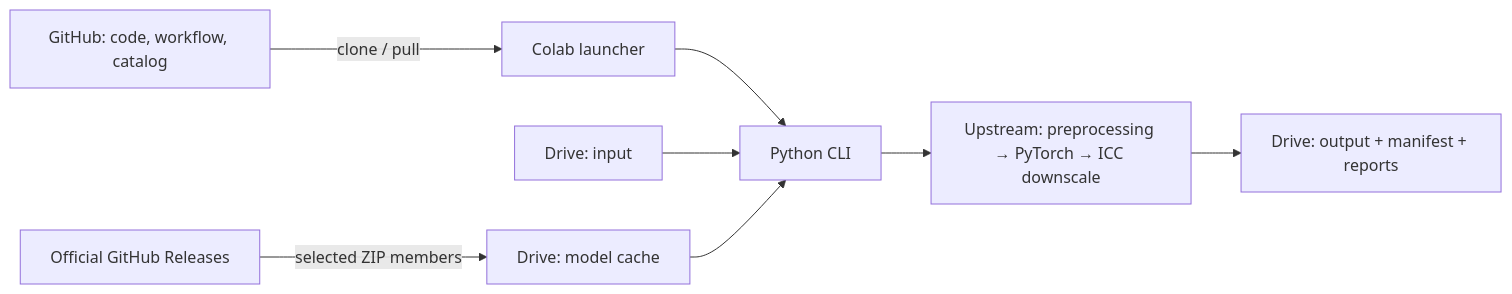
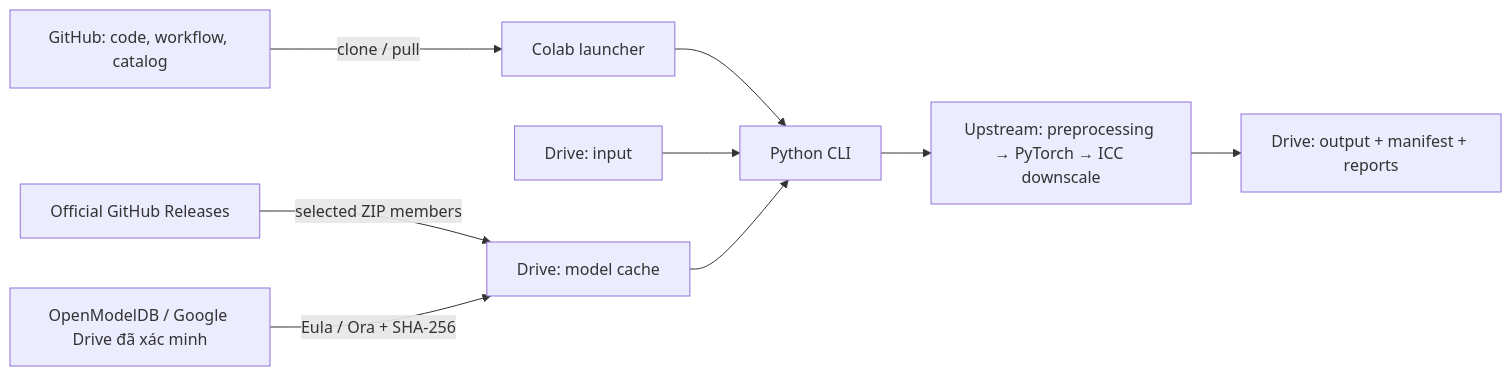
The diagram in README.md (dex593/MangaJaNai-Colab), drawn with Mermaid before and after one commit. The commit also changed other lines of this file and 22 other files, not shown here.

Commit message:
Add verified Eula and Manga Ora model choices with automatic downloads

````diff
--- a/README.md
+++ b/README.md
@@ -12,10 +12,11 @@
 ```mermaid
 flowchart LR
     G[GitHub: code, workflow, catalog] -->|clone / pull| C[Colab launcher]
     C --> P[Python CLI]
     D[Drive: input] --> P
     R[Official GitHub Releases] -->|selected ZIP members| M[Drive: model cache]
+    E[OpenModelDB / Google Drive đã xác minh] -->|Eula / Ora + SHA-256| M
     M --> P
     P --> U[Upstream: preprocessing → PyTorch → ICC downscale]
     U --> O[Drive: output + manifest + reports]
 ```
````
